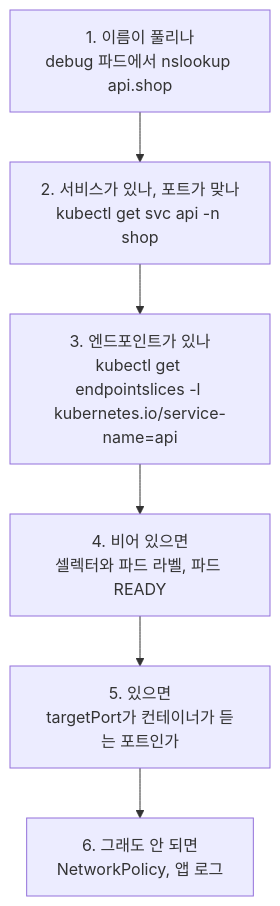
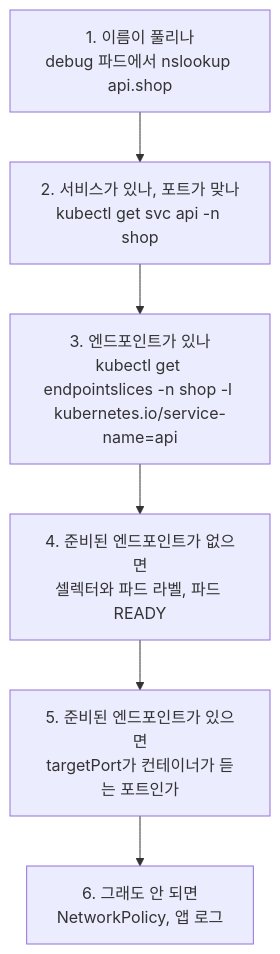
Before and after one commit to Ducaster/ducaster.github.io: the diagram in content/blog/kcna/02-03-트러블슈팅/index.md, drawn with Mermaid. The commit also changed other lines of this file and 23 other files, not shown here.

```diff
--- a/content/blog/kcna/02-03-트러블슈팅/index.md
+++ b/content/blog/kcna/02-03-트러블슈팅/index.md
@@ -86,8 +90,8 @@
 {{< mermaid >}}
 flowchart TB
   A["1. 이름이 풀리나<br>debug 파드에서 nslookup api.shop"] --> B["2. 서비스가 있나, 포트가 맞나<br>kubectl get svc api -n shop"]
-  B --> C["3. 엔드포인트가 있나<br>kubectl get endpointslices -l kubernetes.io/service-name=api"]
-  C --> D["4. 비어 있으면<br>셀렉터와 파드 라벨, 파드 READY"]
-  D --> E["5. 있으면<br>targetPort가 컨테이너가 듣는 포트인가"]
+  B --> C["3. 엔드포인트가 있나<br>kubectl get endpointslices -n shop -l kubernetes.io/service-name=api"]
+  C --> D["4. 준비된 엔드포인트가 없으면<br>셀렉터와 파드 라벨, 파드 READY"]
+  D --> E["5. 준비된 엔드포인트가 있으면<br>targetPort가 컨테이너가 듣는 포트인가"]
   E --> F["6. 그래도 안 되면<br>NetworkPolicy, 앱 로그"]
 {{< /mermaid >}}
```
